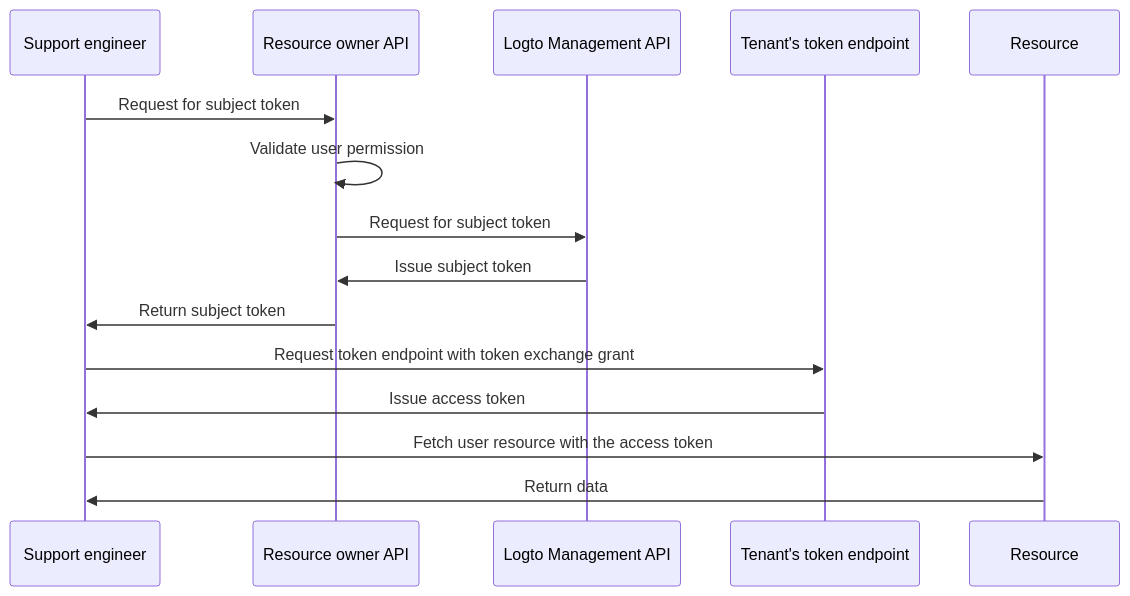
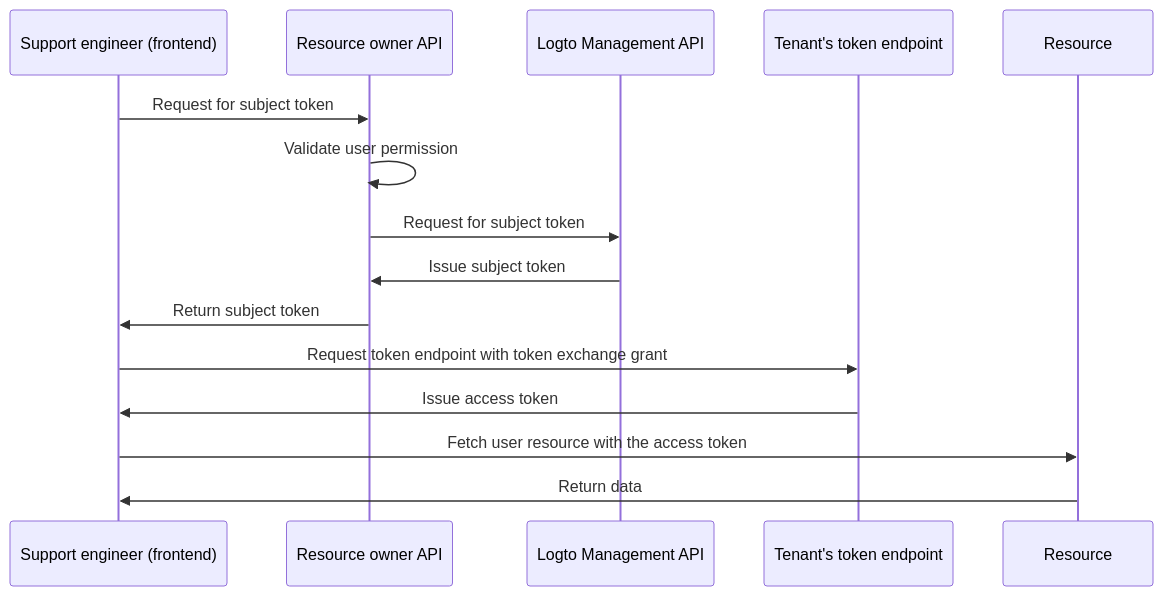
Before and after one commit to logto-io/rfcs: the diagram in draft/0005-impersonation.md, drawn with Mermaid. The commit also changed other lines of this file, not shown here.

````diff
--- a/draft/0005-impersonation.md
+++ b/draft/0005-impersonation.md
@@ -205,20 +202,20 @@
 ```mermaid
 sequenceDiagram
-    participant SE as Support engineer
+    participant SE as Support engineer (frontend)
     participant RO as Resource owner API
     participant M2M as Logto Management API
     participant TS as Tenant's token endpoint
     participant RS as Resource
 
     SE ->> RO: Request for subject token
     RO ->> RO: Validate user permission
     RO ->> M2M: Request for subject token
     M2M ->> RO: Issue subject token
     RO ->> SE: Return subject token
 
     SE ->> TS: Request token endpoint with token exchange grant
     TS ->> SE: Issue access token
 
     SE ->> RS: Fetch user resource with the access token
     RS ->> SE: Return data
 ```
````
